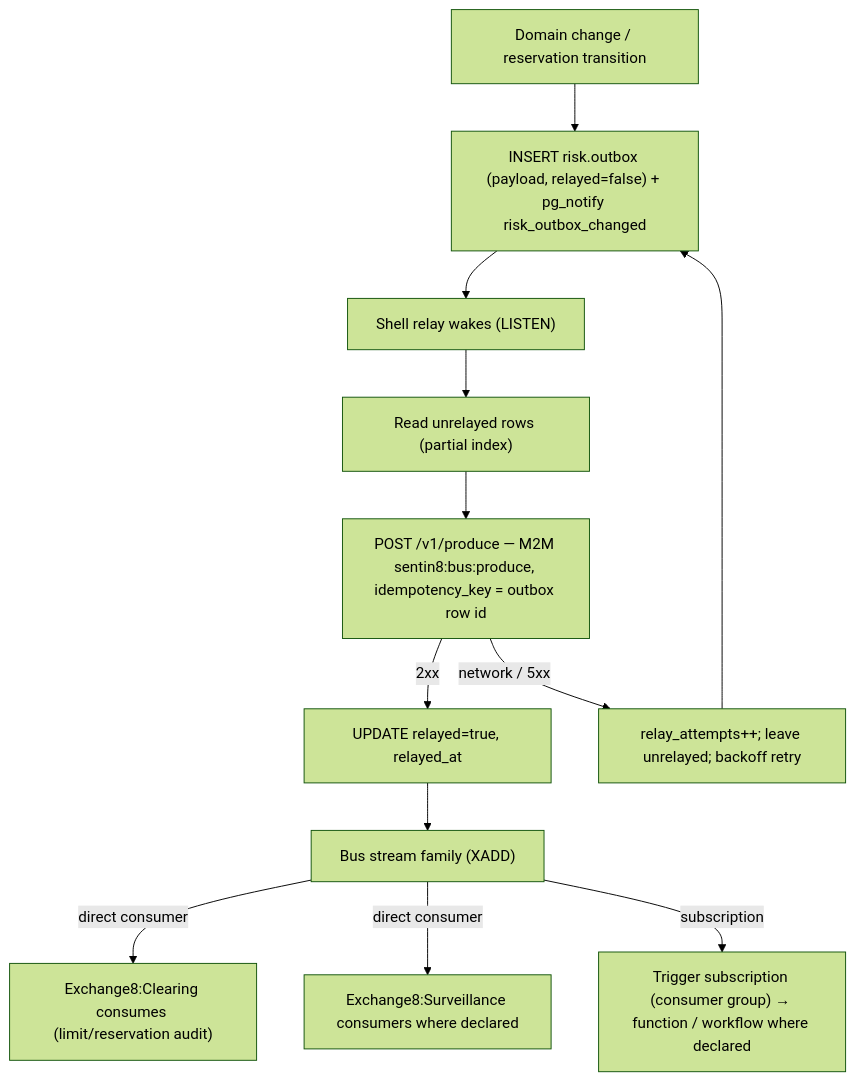
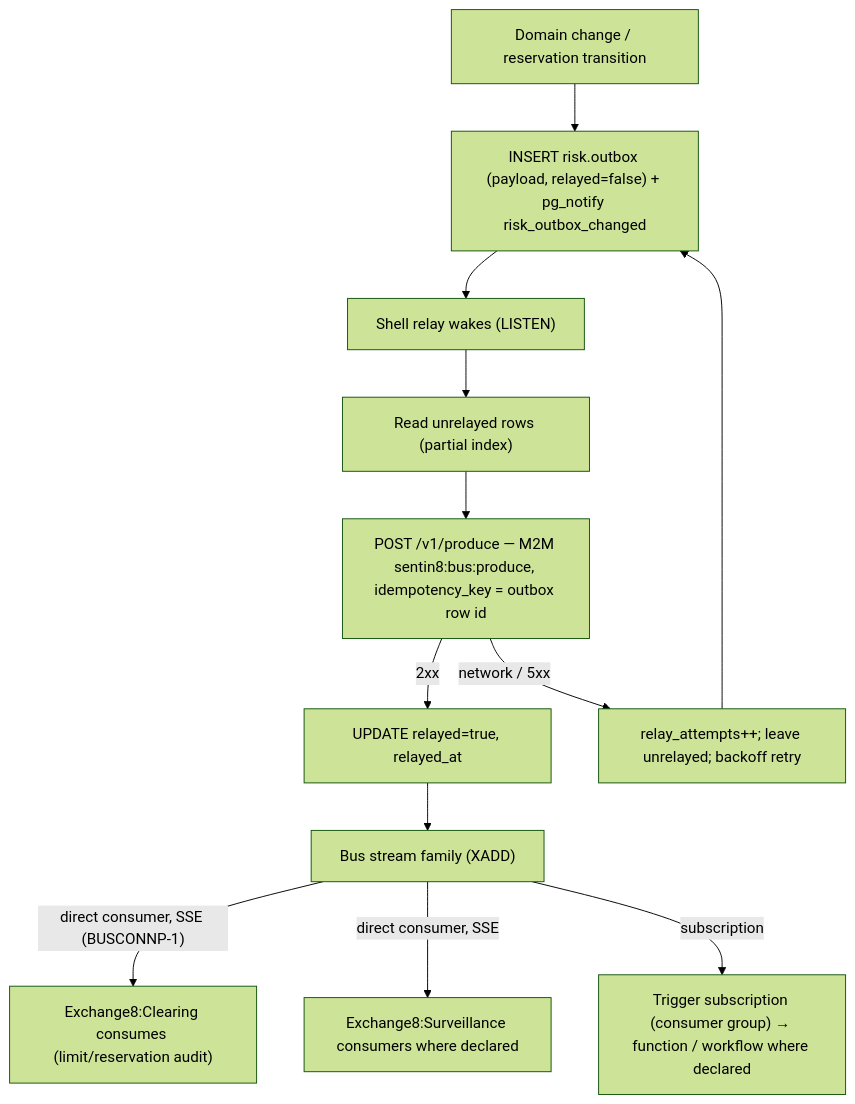
Before and after one commit to Exchange8-dev/exchange8-risk: the tenth of 14 diagrams in DESIGN.md, drawn with Mermaid (forest theme). The commit also changed other lines of this file and 4 other files, not shown here.

Commit message:
BUSCONNP-1: risk event consumer switches to the SSE direct-consumer pattern (BusClient::sse_consume + per-message ack, 2s reconnect) — the 1s-block POST /v1/consume poll loop is deleted. Docs refreshed same-change.

````diff
--- a/DESIGN.md
+++ b/DESIGN.md
@@ -386,14 +387,14 @@
 ```mermaid
 flowchart TD
     A["Domain change / reservation transition"] --> B["INSERT risk.outbox (payload, relayed=false) + pg_notify risk_outbox_changed"]
     B --> C["Shell relay wakes (LISTEN)"]
     C --> D["Read unrelayed rows (partial index)"]
     D --> E["POST /v1/produce — M2M sentin8:bus:produce, idempotency_key = outbox row id"]
     E -->|2xx| F["UPDATE relayed=true, relayed_at"]
     E -->|network / 5xx| G["relay_attempts++; leave unrelayed; backoff retry"]
     G --> B
     F --> H["Bus stream family (XADD)"]
-    H -->|direct consumer| I1["Exchange8:Clearing consumes (limit/reservation audit)"]
-    H -->|direct consumer| I2["Exchange8:Surveillance consumers where declared"]
+    H -->|"direct consumer, SSE (BUSCONNP-1)"| I1["Exchange8:Clearing consumes (limit/reservation audit)"]
+    H -->|direct consumer, SSE| I2["Exchange8:Surveillance consumers where declared"]
     H -->|subscription| I3["Trigger subscription (consumer group) → function / workflow where declared"]
 ```
````
